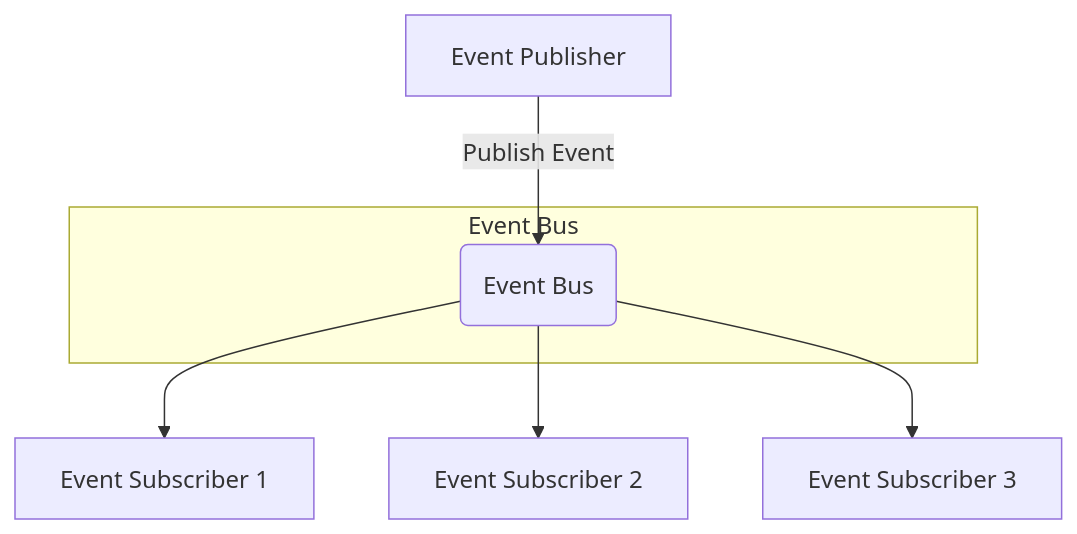
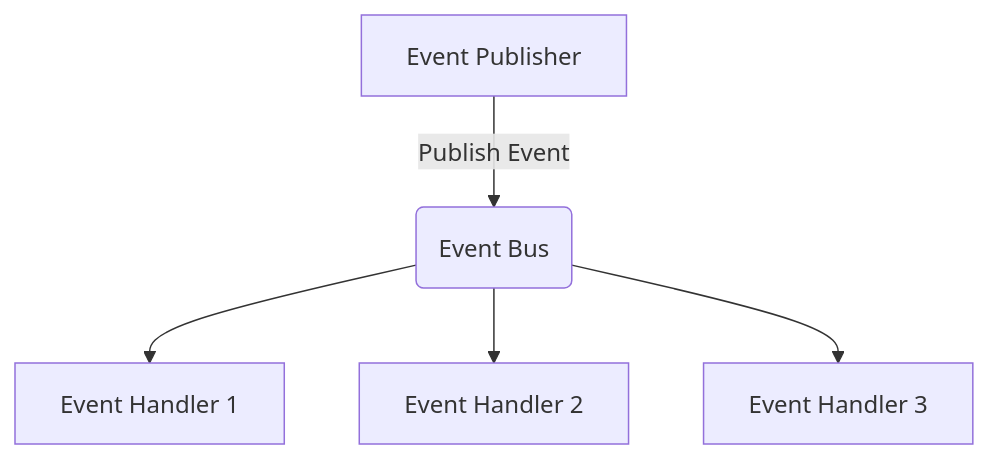
Before and after one commit to Ian26875/FluentEventBus: the diagram in Readme.md, drawn with Mermaid. The commit also changed other lines of this file and 1 other file, not shown here.

````diff
--- a/Readme.md
+++ b/Readme.md
@@ -8,12 +7,7 @@
 ```mermaid
-
 graph TD
-    A[Event Publisher] -->|Publish Event| B(Event Bus)
-    B --> C[Event Subscriber 1]
-    B --> D[Event Subscriber 2]
-    B --> E[Event Subscriber 3]
-
-    subgraph "Event Bus"
-        B
-    end
+    P[Event Publisher] -->|Publish Event| B(Event Bus)
+    B --> S1[Event Handler 1]
+    B --> S2[Event Handler 2]
+    B --> S3[Event Handler 3]
 ```
````
